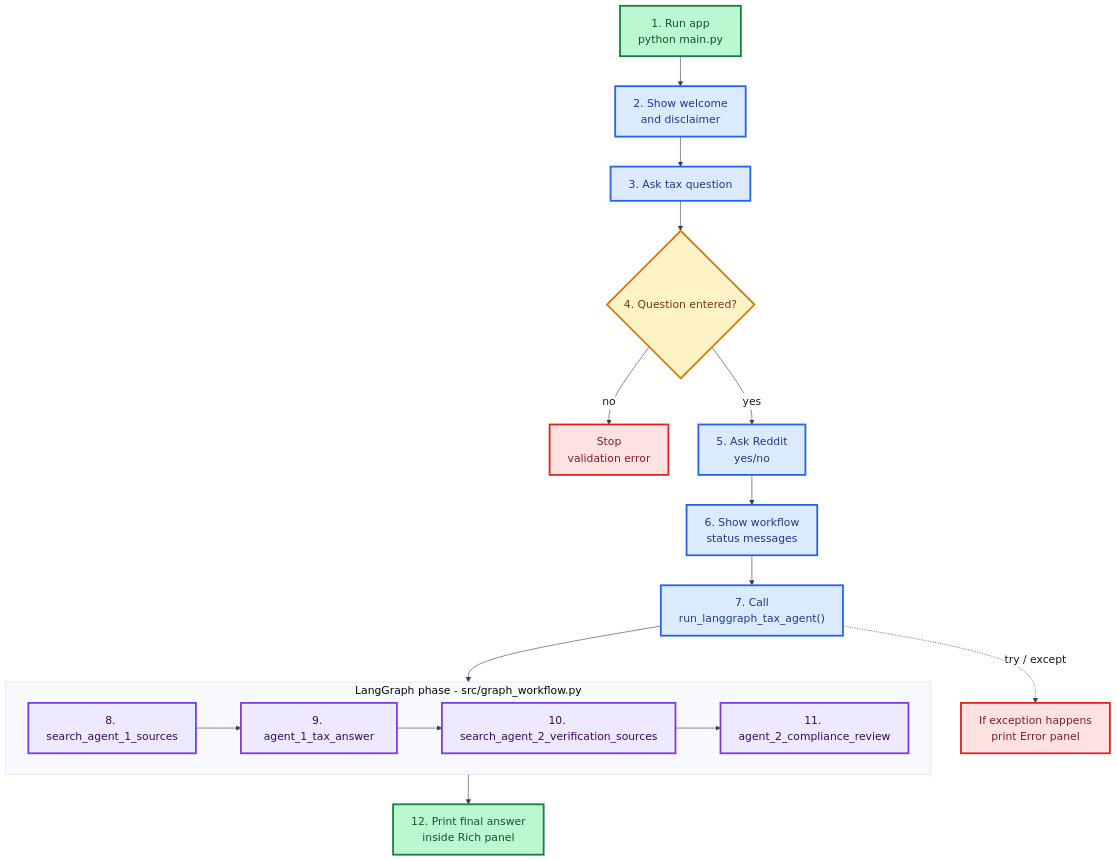
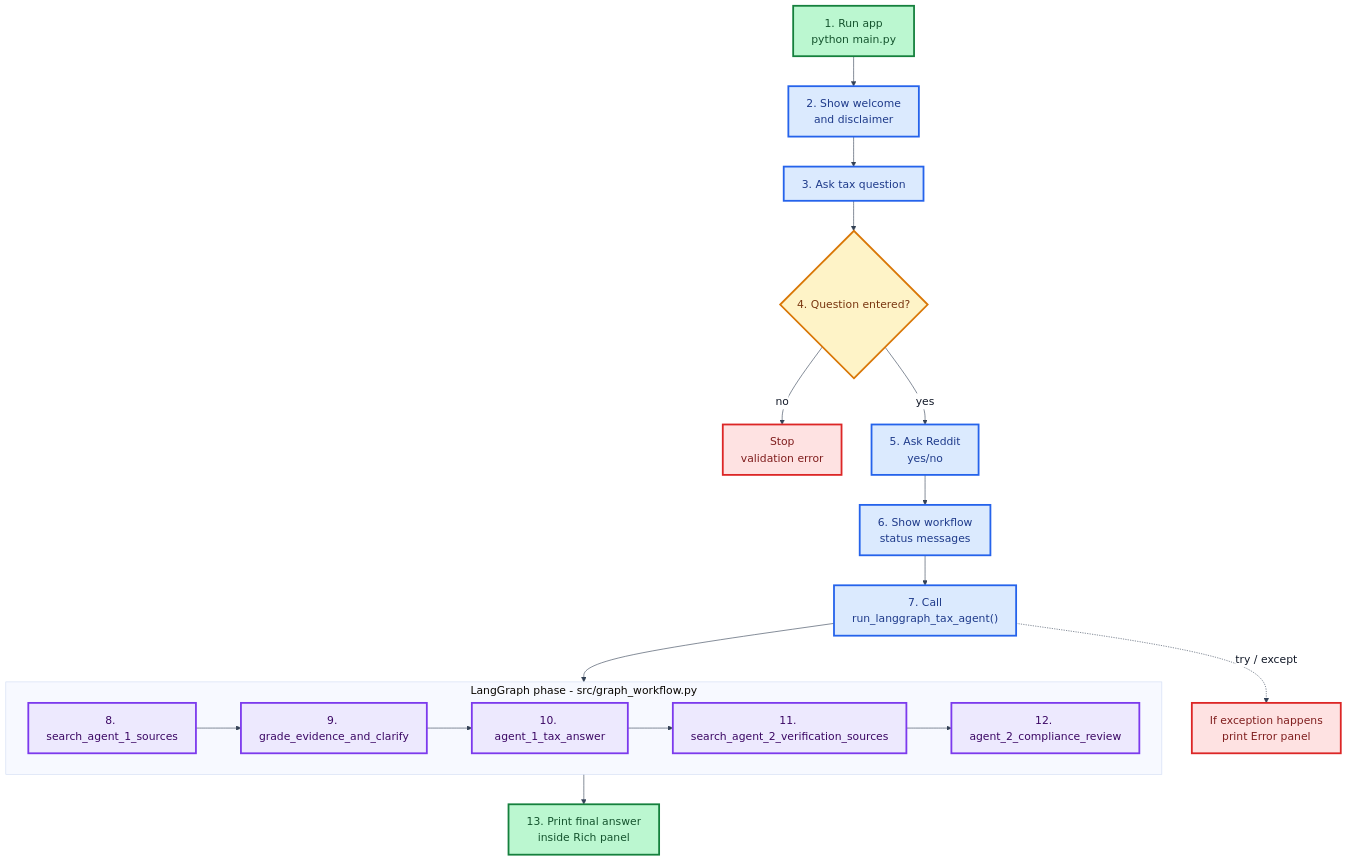
Before and after one commit to VishalgorakhnathShelke/Joga-Banito: the second of 7 diagrams in ARCHITECTURE_DIAGRAMS.md, drawn with Mermaid. The commit also changed other lines of this file and 5 other files, not shown here.

````diff
--- a/ARCHITECTURE_DIAGRAMS.md
+++ b/ARCHITECTURE_DIAGRAMS.md
@@ -68,43 +73,44 @@
 ```mermaid
 %%{init: {"theme": "base", "themeVariables": {"background": "#ffffff", "primaryTextColor": "#111827", "textColor": "#111827", "lineColor": "#334155", "edgeLabelBackground": "#ffffff", "fontFamily": "Arial", "fontSize": "18px"}}}%%
 flowchart TD
     start["1. Run app<br/>python main.py"]
     welcome["2. Show welcome<br/>and disclaimer"]
     question["3. Ask tax question"]
     valid{"4. Question entered?"}
     error["Stop<br/>validation error"]
     reddit_choice["5. Ask Reddit<br/>yes/no"]
     status["6. Show workflow<br/>status messages"]
     run["7. Call<br/>run_langgraph_tax_agent()"]
 
     subgraph graph_phase["LangGraph phase - src/graph_workflow.py"]
         direction LR
         n1["8. search_agent_1_sources"]
-        n2["9. agent_1_tax_answer"]
-        n3["10. search_agent_2_verification_sources"]
-        n4["11. agent_2_compliance_review"]
-        n1 --> n2 --> n3 --> n4
+        n2["9. grade_evidence_and_clarify"]
+        n3["10. agent_1_tax_answer"]
+        n4["11. search_agent_2_verification_sources"]
+        n5["12. agent_2_compliance_review"]
+        n1 --> n2 --> n3 --> n4 --> n5
     end
 
-    output["12. Print final answer<br/>inside Rich panel"]
+    output["13. Print final answer<br/>inside Rich panel"]
     catch["If exception happens<br/>print Error panel"]
 
     start --> welcome --> question --> valid
     valid -->|"no"| error
     valid -->|"yes"| reddit_choice --> status --> run
     run --> n1
-    n4 --> output
+    n5 --> output
     run -. "try / except" .-> catch
 
     classDef startEnd fill:#bbf7d0,stroke:#15803d,color:#14532d,stroke-width:3px
     classDef app fill:#dbeafe,stroke:#2563eb,color:#1e3a8a,stroke-width:3px
     classDef decision fill:#fef3c7,stroke:#d97706,color:#78350f,stroke-width:3px
     classDef node fill:#ede9fe,stroke:#7c3aed,color:#3b0764,stroke-width:3px
     classDef stopNode fill:#fee2e2,stroke:#dc2626,color:#7f1d1d,stroke-width:3px
 
     class start,output startEnd
     class welcome,question,reddit_choice,status,run app
     class valid decision
-    class n1,n2,n3,n4 node
+    class n1,n2,n3,n4,n5 node
     class error,catch stopNode
 ```
````
